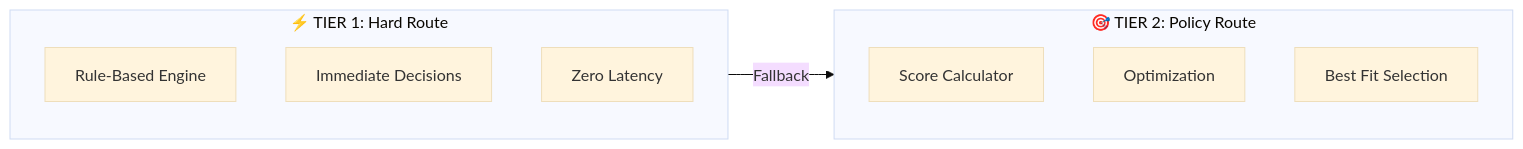
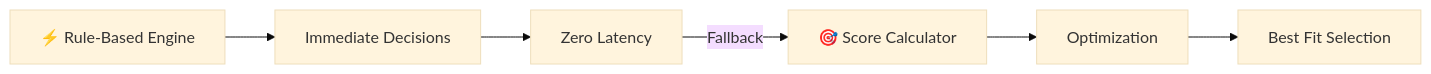
Before and after one commit to adityasasidhar/Llm_router: the second of 3 diagrams in README.md, drawn with Mermaid (base theme). The commit also changed other lines of this file, not shown here.

Commit message:
Remove subgraph boxes, keep clean flow

````diff
--- a/README.md
+++ b/README.md
@@ -120,16 +86,8 @@
 ```mermaid
 flowchart LR
-    subgraph T1["⚡ TIER 1: Hard Route"]
-        A["Rule-Based Engine"]
-        B["Immediate Decisions"]
-        C["Zero Latency"]
-    end
-    
-    subgraph T2["🎯 TIER 2: Policy Route"]
-        D["Score Calculator"]
-        E["Optimization"]
-        F["Best Fit Selection"]
-    end
-    
-    T1 -->|"Fallback"| T2
+    A["⚡ Rule-Based Engine"] --> B["Immediate Decisions"]
+    B --> C["Zero Latency"]
+    C -->|"Fallback"| D["🎯 Score Calculator"]
+    D --> E["Optimization"]
+    E --> F["Best Fit Selection"]
 ```
````
